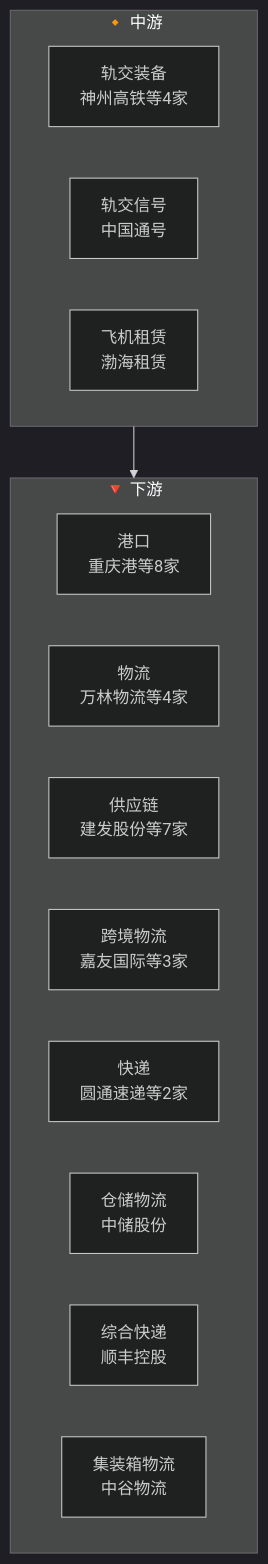
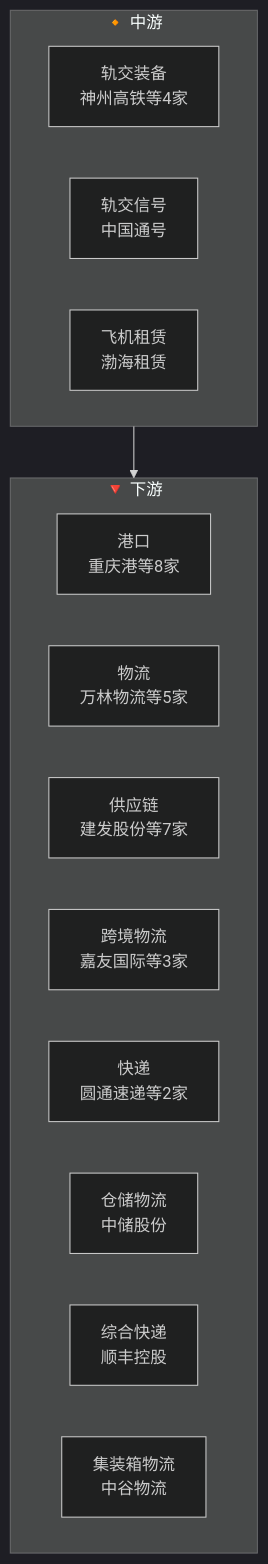
One commit to zhangbo1882/open-industry changed the diagram in industry/wiki/industries/交通运输产业链.md. Above: the diagram before and after it, drawn with Mermaid (dark theme). The commit also changed other lines of this file and 7 other files, not shown here.

````diff
--- a/industry/wiki/industries/交通运输产业链.md
+++ b/industry/wiki/industries/交通运输产业链.md
@@ -17,19 +17,19 @@
 ```mermaid
 flowchart TB
     subgraph midstream["🔸 中游"]
         轨交装备["轨交装备<br/>神州高铁等4家"]
         轨交信号["轨交信号<br/>中国通号"]
         飞机租赁["飞机租赁<br/>渤海租赁"]
     end
     subgraph downstream["🔻 下游"]
         港口["港口<br/>重庆港等8家"]
-        物流["物流<br/>万林物流等4家"]
+        物流["物流<br/>万林物流等5家"]
         供应链["供应链<br/>建发股份等7家"]
         跨境物流["跨境物流<br/>嘉友国际等3家"]
         快递["快递<br/>圆通速递等2家"]
         仓储物流["仓储物流<br/>中储股份"]
         综合快递["综合快递<br/>顺丰控股"]
         集装箱物流["集装箱物流<br/>中谷物流"]
     end
     midstream --> downstream
 ```
````
